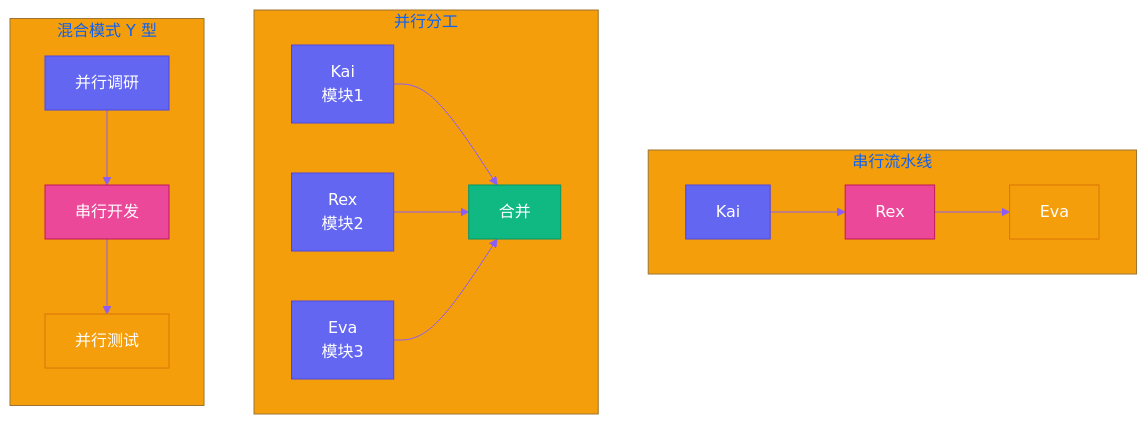
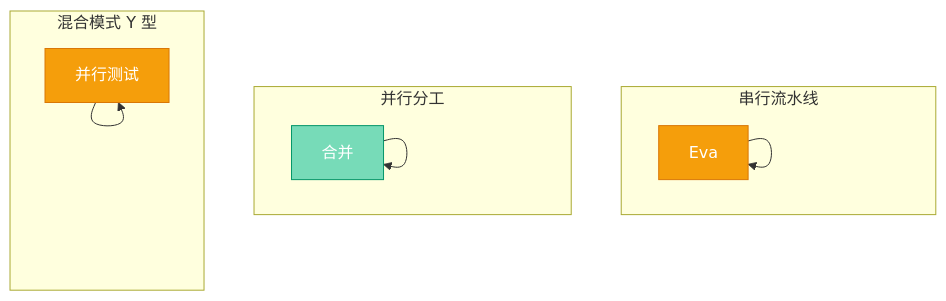
One commit to VokoForge/ai-prism changed the second of 2 diagrams in posts/yason-and-roberts/zh/ch17.md. Above: the diagram before and after it, drawn with Mermaid. The commit also changed other lines of this file and 31 other files, not shown here.

First line of the commit message:
✨ Rewrite all articles: hook titles, Mermaid diagrams, engaging style

````diff
--- a/posts/yason-and-roberts/zh/ch17.md
+++ b/posts/yason-and-roberts/zh/ch17.md
@@ -105,26 +104,25 @@
 ```mermaid
-%%{init: {'theme': 'base', 'themeVariables': {'primaryColor': '#6366f1','primaryTextColor': '#fff','primaryBorderColor': '#4f46e5','lineColor': '#8b5cf6','secondaryColor': '#ec4899','tertiaryColor': '#f59e0b'}}}%%
 flowchart TB
     subgraph "串行流水线"
         direction LR
-        A1[Kai] --> A2[Rex] --> A3[Eva]
+        A[Kai] --> A[Rex] --> A[Eva]
     end
 
     subgraph "并行分工"
         direction LR
-        B1[Kai<br>模块1] & B2[Rex<br>模块2] & B3[Eva<br>模块3] --> B4[合并]
+        B[Kai<br>模块] & B[Rex<br>模块] & B[Eva<br>模块] --> B[合并]
     end
 
     subgraph "混合模式 Y 型"
         direction TB
-        C1[并行调研] --> C2[串行开发] --> C3[并行测试]
+        C[并行调研] --> C[串行开发] --> C[并行测试]
     end
 
-    style A1 fill:#6366f1,stroke:#4f46e5,color:#fff
-    style A2 fill:#ec4899,stroke:#be185d,color:#fff
-    style A3 fill:#f59e0b,stroke:#d97706,color:#fff
-    style B4 fill:#10b981,stroke:#059669,color:#fff
-    style C1 fill:#6366f1,stroke:#4f46e5,color:#fff
-    style C2 fill:#ec4899,stroke:#be185d,color:#fff
-    style C3 fill:#f59e0b,stroke:#d97706,color:#fff
+    style A fill:#666f,stroke:#f6e5,color:#fff
+    style A fill:#ec899,stroke:#be85d,color:#fff
+    style A fill:#f59e0b,stroke:#d97706,color:#fff
+    style B fill:#0b98,stroke:#059669,color:#fff
+    style C fill:#666f,stroke:#f6e5,color:#fff
+    style C fill:#ec899,stroke:#be85d,color:#fff
+    style C fill:#f59e0b,stroke:#d97706,color:#fff
 ```
````
